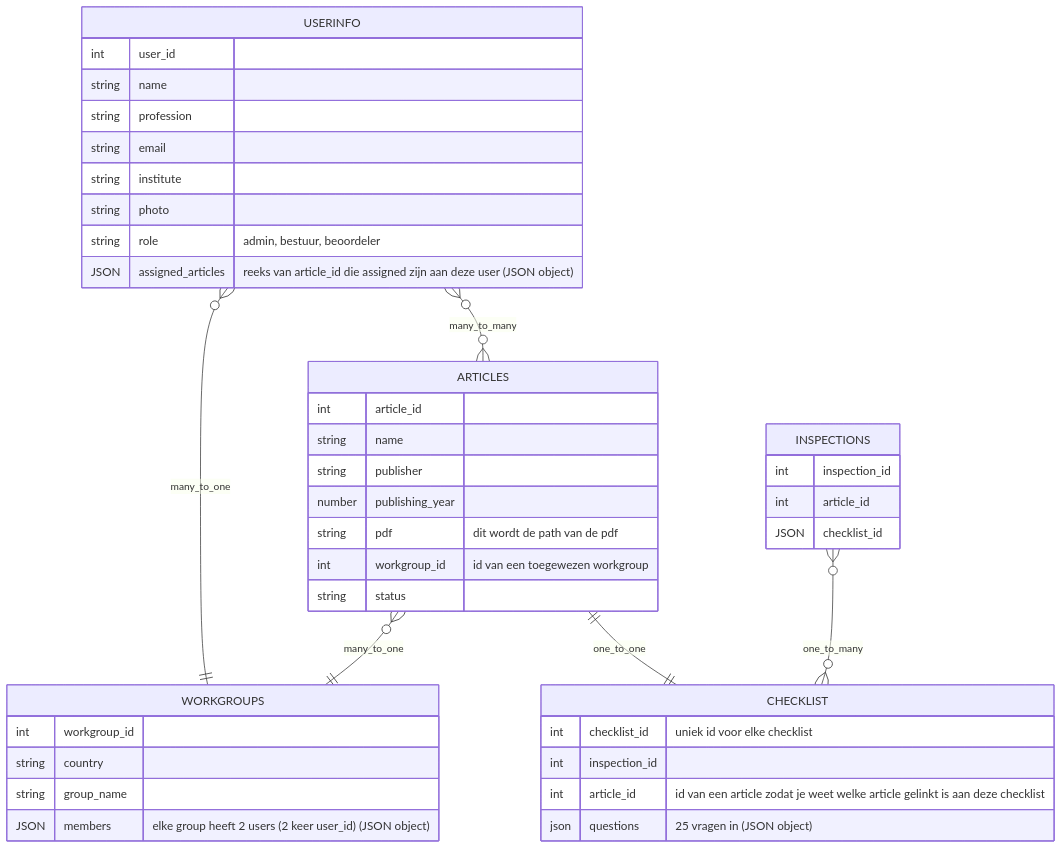
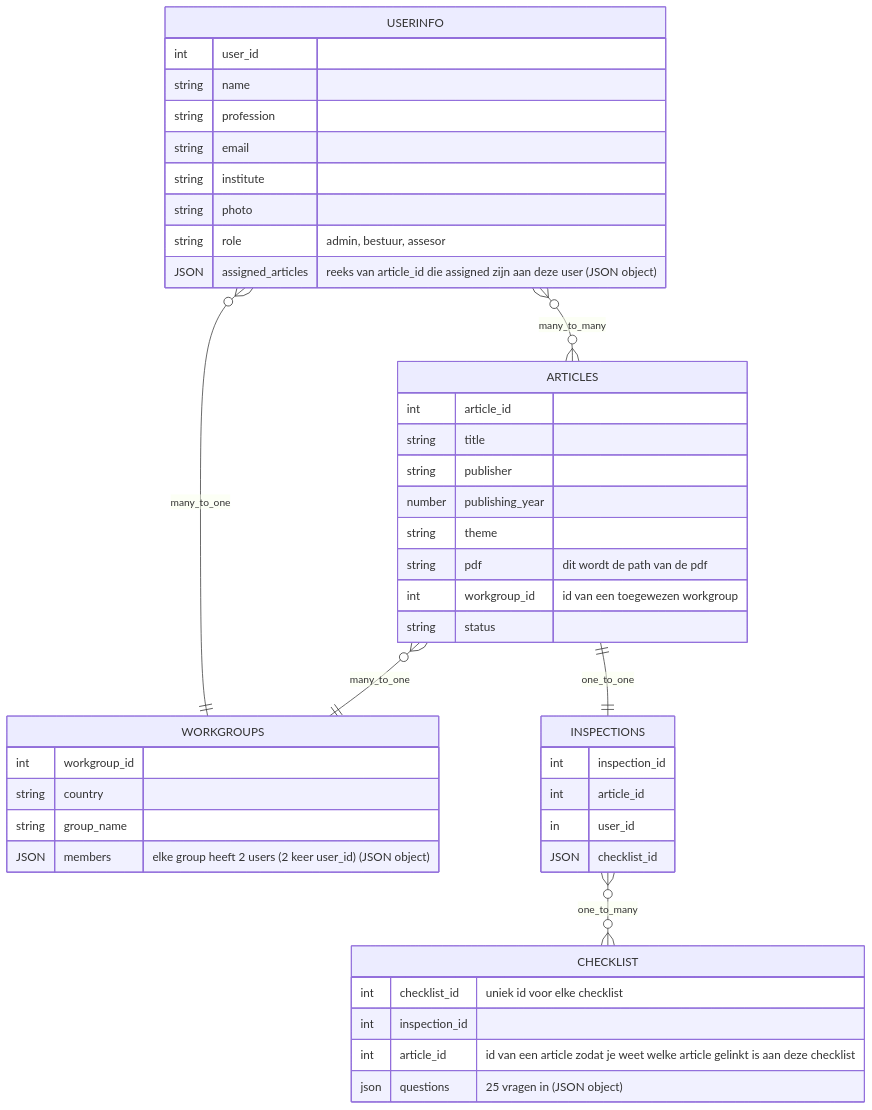
The diagram in README.md (fdnd-agency/footguard), drawn with Mermaid before and after one commit.

Commit message:
Update README.md with datamodel changes

````diff
--- a/README.md
+++ b/README.md
@@ -27,51 +27,53 @@
 ```mermaid
+
 erDiagram
     USERINFO }o--o{ ARTICLES : many_to_many
     USERINFO }o--|| WORKGROUPS : many_to_one
     ARTICLES }o--|| WORKGROUPS : many_to_one
-    ARTICLES ||--|| CHECKLIST : one_to_one
+    ARTICLES ||--|| INSPECTIONS : one_to_one
     INSPECTIONS }o--o{ CHECKLIST : one_to_many
 
 
   USERINFO {
         int user_id
         string name
         string profession
         string email
         string institute
         string photo
-        string role "admin, bestuur, beoordeler"
+        string role "admin, bestuur, assesor"
         JSON assigned_articles "reeks van article_id die assigned zijn aan deze user (JSON object)"
     }
 
   ARTICLES {
         int article_id
-        string name
+        string title
         string publisher
         number publishing_year
+        string theme
         string pdf "dit wordt de path van de pdf"
         int workgroup_id "id van een toegewezen workgroup"
         string status
     }
 
     WORKGROUPS {
         int workgroup_id
         string country
         string group_name
         JSON members "elke group heeft 2 users (2 keer user_id) (JSON object)"
     }
 
     INSPECTIONS {
         int inspection_id
         int article_id
+        in user_id
         JSON checklist_id
-    
 }
 
 CHECKLIST {
     int checklist_id "uniek id voor elke checklist"
     int inspection_id
     int article_id "id van een article zodat je weet welke article gelinkt is aan deze checklist"
     json questions "25 vragen in (JSON object)"
 }
 ```
````
